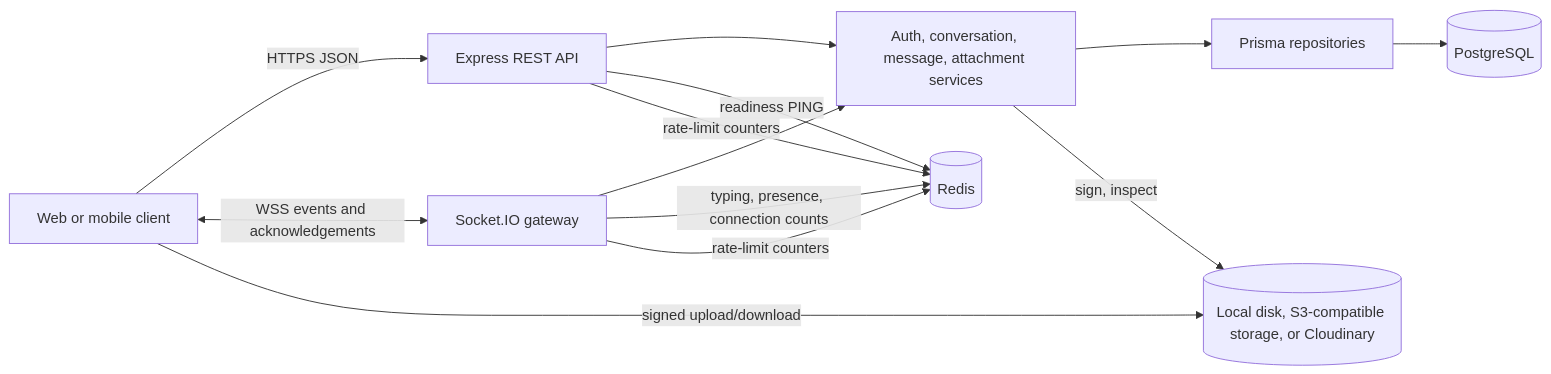
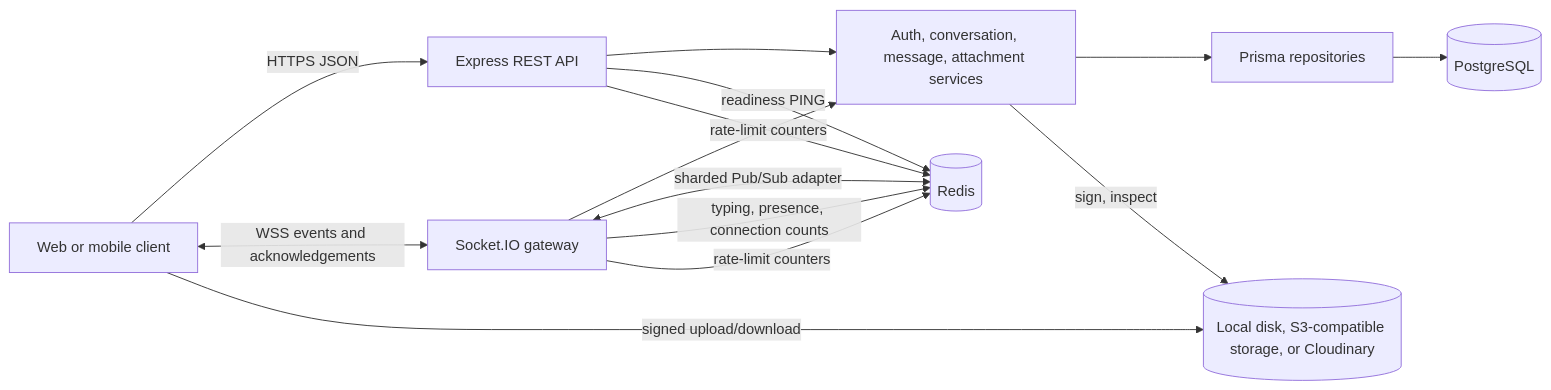
The diagram in docs/architecture.md (codephoenix86/convo), drawn with Mermaid before and after one commit. The commit also changed other lines of this file and 20 other files, not shown here.

Commit message:
feat: distribute Socket.IO events through Redis

````diff
--- a/docs/architecture.md
+++ b/docs/architecture.md
@@ -5,24 +5,25 @@
 ```mermaid
 flowchart LR
   Client[Web or mobile client]
   HTTP[Express REST API]
   Socket[Socket.IO gateway]
   Services[Auth, conversation, message, attachment services]
   Repositories[Prisma repositories]
   PostgreSQL[(PostgreSQL)]
   Storage[(Local disk, S3-compatible storage, or Cloudinary)]
   Redis[(Redis)]
 
   Client -->|HTTPS JSON| HTTP
   Client <-->|WSS events and acknowledgements| Socket
   HTTP --> Services
   Socket --> Services
   Services --> Repositories
   Repositories --> PostgreSQL
   HTTP -->|readiness PING| Redis
   Services -->|sign, inspect| Storage
   Client -->|signed upload/download| Storage
+  Socket <-->|sharded Pub/Sub adapter| Redis
   Socket -->|typing, presence, connection counts| Redis
   HTTP -->|rate-limit counters| Redis
   Socket -->|rate-limit counters| Redis
 ```
````
